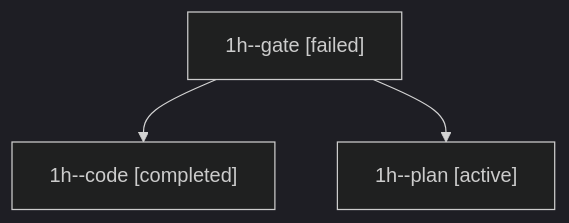
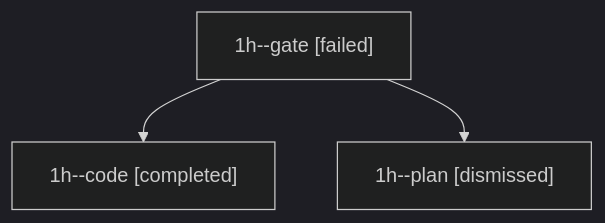
The diagram in sessions/bbugyi200.apollo.1h.md (sase-org/sase--agents), drawn with Mermaid (dark theme) before and after one commit. The commit also changed other lines of this file and 60 other files, not shown here.

````diff
--- a/sessions/bbugyi200.apollo.1h.md
+++ b/sessions/bbugyi200.apollo.1h.md
@@ -9,8 +9,8 @@
 ```mermaid
 flowchart TD
   n0["1h--gate [failed]"]
   n1["1h--code [completed]"]
   n0 --> n1
-  n2["1h--plan [active]"]
+  n2["1h--plan [dismissed]"]
   n0 --> n2
 ```
````
